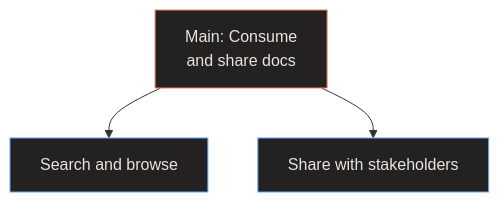
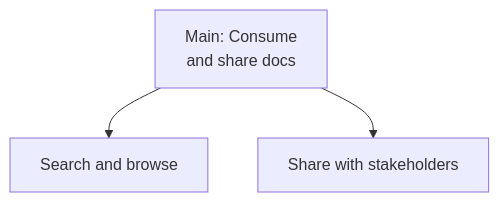
One commit to relukdev/doc-kit changed the diagram in astro-site/src/content/docs/jtbd/consume-documentation.md. Above: the diagram before and after it, drawn with Mermaid. The commit also changed 48 other files, not shown here.

First line of the commit message:
fix: remove hard-coded Mermaid dark-mode colors, use native themes for light/dark

````diff
--- a/astro-site/src/content/docs/jtbd/consume-documentation.md
+++ b/astro-site/src/content/docs/jtbd/consume-documentation.md
@@ -28,13 +28,10 @@
 ```mermaid
 graph TB
-    style MJ fill:#232221,stroke:#f78166,color:#E8E5DF
-    style SJ1 fill:#232221,stroke:#60A5FA,color:#E8E5DF
-    style SJ2 fill:#232221,stroke:#60A5FA,color:#E8E5DF
 
     MJ["Main: Consume\nand share docs"]
     SJ1["Search and browse"]
     SJ2["Share with stakeholders"]
 
     MJ --> SJ1
     MJ --> SJ2
 ```
````
